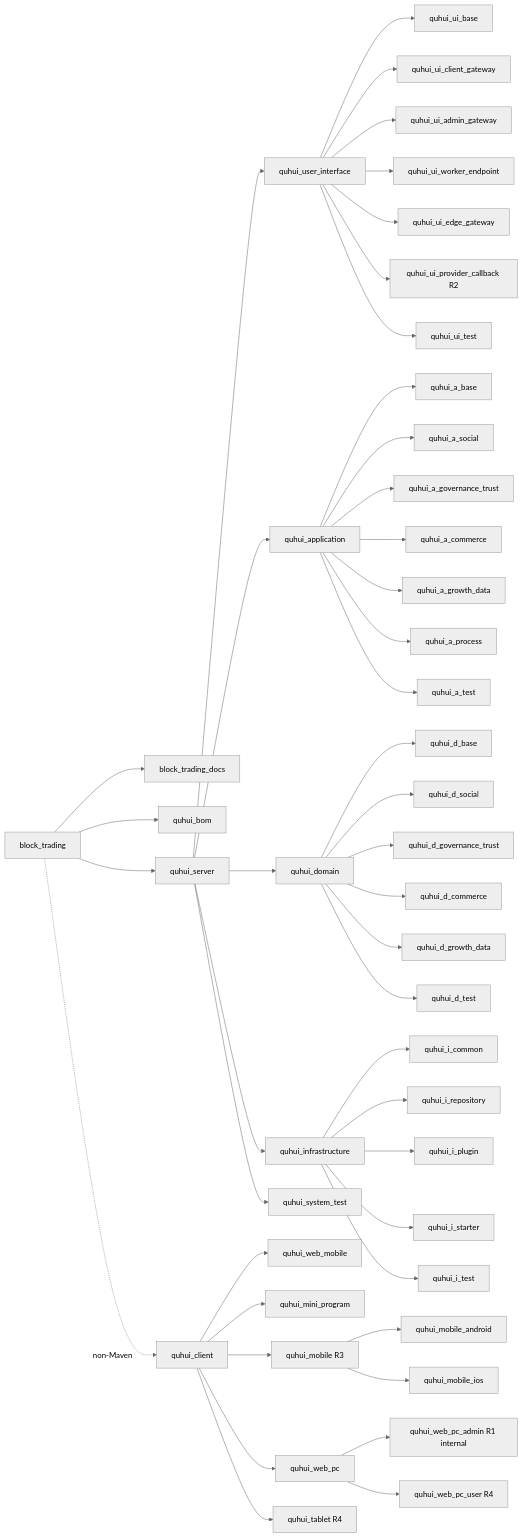
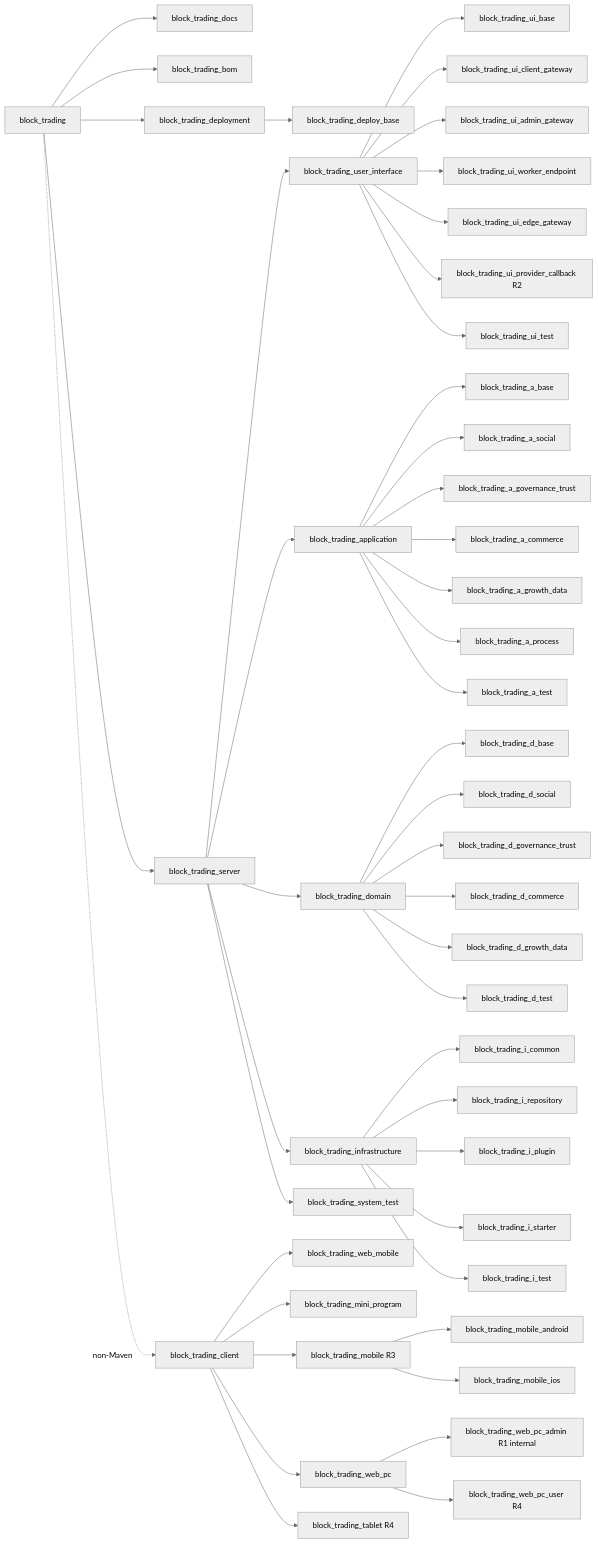
Before and after one commit to Forest-Fairy/block_trading: the diagram in block_trading_docs/产品文档/项目文档/趣汇代码模块规划/content.md, drawn with Mermaid (neutral theme). The commit also changed other lines of this file and 24 other files, not shown here.

````diff
--- a/block_trading_docs/产品文档/项目文档/趣汇代码模块规划/content.md
+++ b/block_trading_docs/产品文档/项目文档/趣汇代码模块规划/content.md
@@ -17,53 +17,55 @@
 ```mermaid
 flowchart LR
     Root["block_trading"] --> Docs["block_trading_docs"]
-    Root --> Bom["quhui_bom"]
-    Root --> Server["quhui_server"]
-    Root -. non-Maven .-> Client["quhui_client"]
+    Root --> Bom["block_trading_bom"]
+    Root --> Server["block_trading_server"]
+    Root -. non-Maven .-> Client["block_trading_client"]
+    Root --> Deployment["block_trading_deployment"]
+    Deployment --> DeployBase["block_trading_deploy_base"]
 
-    Server --> UI["quhui_user_interface"]
-    Server --> App["quhui_application"]
-    Server --> Domain["quhui_domain"]
-    Server --> Infra["quhui_infrastructure"]
-    Server --> SystemTest["quhui_system_test"]
+    Server --> UI["block_trading_user_interface"]
+    Server --> App["block_trading_application"]
+    Server --> Domain["block_trading_domain"]
+    Server --> Infra["block_trading_infrastructure"]
+    Server --> SystemTest["block_trading_system_test"]
 
-    UI --> UiBase["quhui_ui_base"]
-    UI --> UiClient["quhui_ui_client_gateway"]
-    UI --> UiAdmin["quhui_ui_admin_gateway"]
-    UI --> UiWorker["quhui_ui_worker_endpoint"]
-    UI --> UiEdge["quhui_ui_edge_gateway"]
-    UI --> UiCallback["quhui_ui_provider_callback R2"]
-    UI --> UiTestParent["quhui_ui_test"]
+    UI --> UiBase["block_trading_ui_base"]
+    UI --> UiClient["block_trading_ui_client_gateway"]
+    UI --> UiAdmin["block_trading_ui_admin_gateway"]
+    UI --> UiWorker["block_trading_ui_worker_endpoint"]
+    UI --> UiEdge["block_trading_ui_edge_gateway"]
+    UI --> UiCallback["block_trading_ui_provider_callback R2"]
+    UI --> UiTestParent["block_trading_ui_test"]
 
-    App --> AppBase["quhui_a_base"]
-    App --> AppSocial["quhui_a_social"]
-    App --> AppGov["quhui_a_governance_trust"]
-    App --> AppCommerce["quhui_a_commerce"]
-    App --> AppGrowth["quhui_a_growth_data"]
-    App --> AppProcess["quhui_a_process"]
-    App --> AppTestParent["quhui_a_test"]
+    App --> AppBase["block_trading_a_base"]
+    App --> AppSocial["block_trading_a_social"]
+    App --> AppGov["block_trading_a_governance_trust"]
+    App --> AppCommerce["block_trading_a_commerce"]
+    App --> AppGrowth["block_trading_a_growth_data"]
+    App --> AppProcess["block_trading_a_process"]
+    App --> AppTestParent["block_trading_a_test"]
 
-    Domain --> DomainBase["quhui_d_base"]
-    Domain --> DomainSocial["quhui_d_social"]
-    Domain --> DomainGov["quhui_d_governance_trust"]
-    Domain --> DomainCommerce["quhui_d_commerce"]
-    Domain --> DomainGrowth["quhui_d_growth_data"]
-    Domain --> DomainTestParent["quhui_d_test"]
+    Domain --> DomainBase["block_trading_d_base"]
+    Domain --> DomainSocial["block_trading_d_social"]
+    Domain --> DomainGov["block_trading_d_governance_trust"]
+    Domain --> DomainCommerce["block_trading_d_commerce"]
+    Domain --> DomainGrowth["block_trading_d_growth_data"]
+    Domain --> DomainTestParent["block_trading_d_test"]
 
-    Infra --> InfraCommon["quhui_i_common"]
-    Infra --> InfraRepo["quhui_i_repository"]
-    Infra --> InfraPlugin["quhui_i_plugin"]
-    Infra --> InfraStarter["quhui_i_starter"]
-    Infra --> InfraTestParent["quhui_i_test"]
+    Infra --> InfraCommon["block_trading_i_common"]
+    Infra --> InfraRepo["block_trading_i_repository"]
+    Infra --> InfraPlugin["block_trading_i_plugin"]
+    Infra --> InfraStarter["block_trading_i_starter"]
+    Infra --> InfraTestParent["block_trading_i_test"]
 
-    Client --> WebMobile["quhui_web_mobile"]
-    Client --> MiniProgram["quhui_mini_program"]
-    Client --> NativeMobile["quhui_mobile R3"]
-    NativeMobile --> Android["quhui_mobile_android"]
-    NativeMobile --> IOS["quhui_mobile_ios"]
-    Client --> WebPc["quhui_web_pc"]
-    WebPc --> WebPcAdmin["quhui_web_pc_admin R1 internal"]
-    WebPc --> WebPcUser["quhui_web_pc_user R4"]
-    Client --> Tablet["quhui_tablet R4"]
+    Client --> WebMobile["block_trading_web_mobile"]
+    Client --> MiniProgram["block_trading_mini_program"]
+    Client --> NativeMobile["block_trading_mobile R3"]
+    NativeMobile --> Android["block_trading_mobile_android"]
+    NativeMobile --> IOS["block_trading_mobile_ios"]
+    Client --> WebPc["block_trading_web_pc"]
+    WebPc --> WebPcAdmin["block_trading_web_pc_admin R1 internal"]
+    WebPc --> WebPcUser["block_trading_web_pc_user R4"]
+    Client --> Tablet["block_trading_tablet R4"]
 
 ```
````
